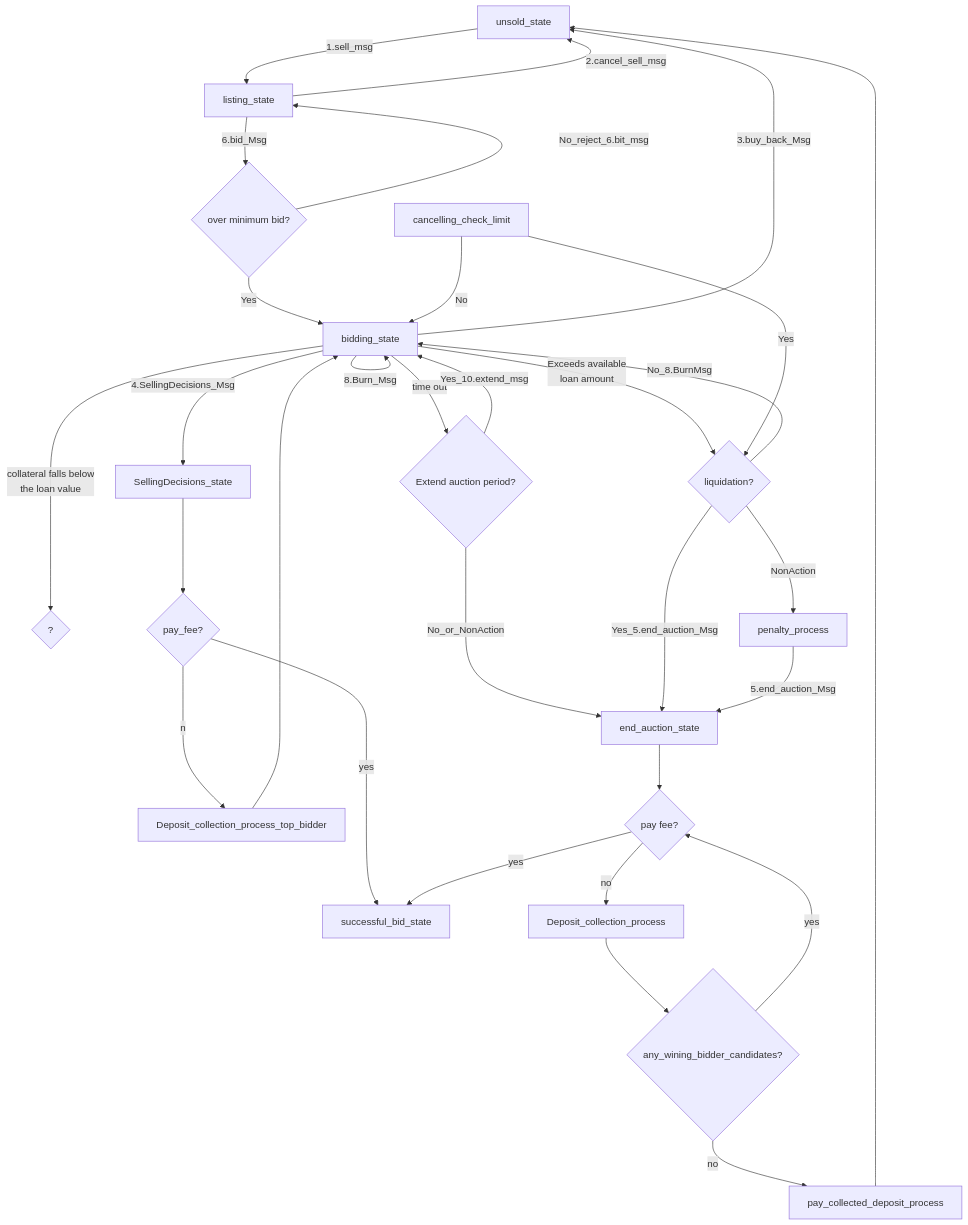
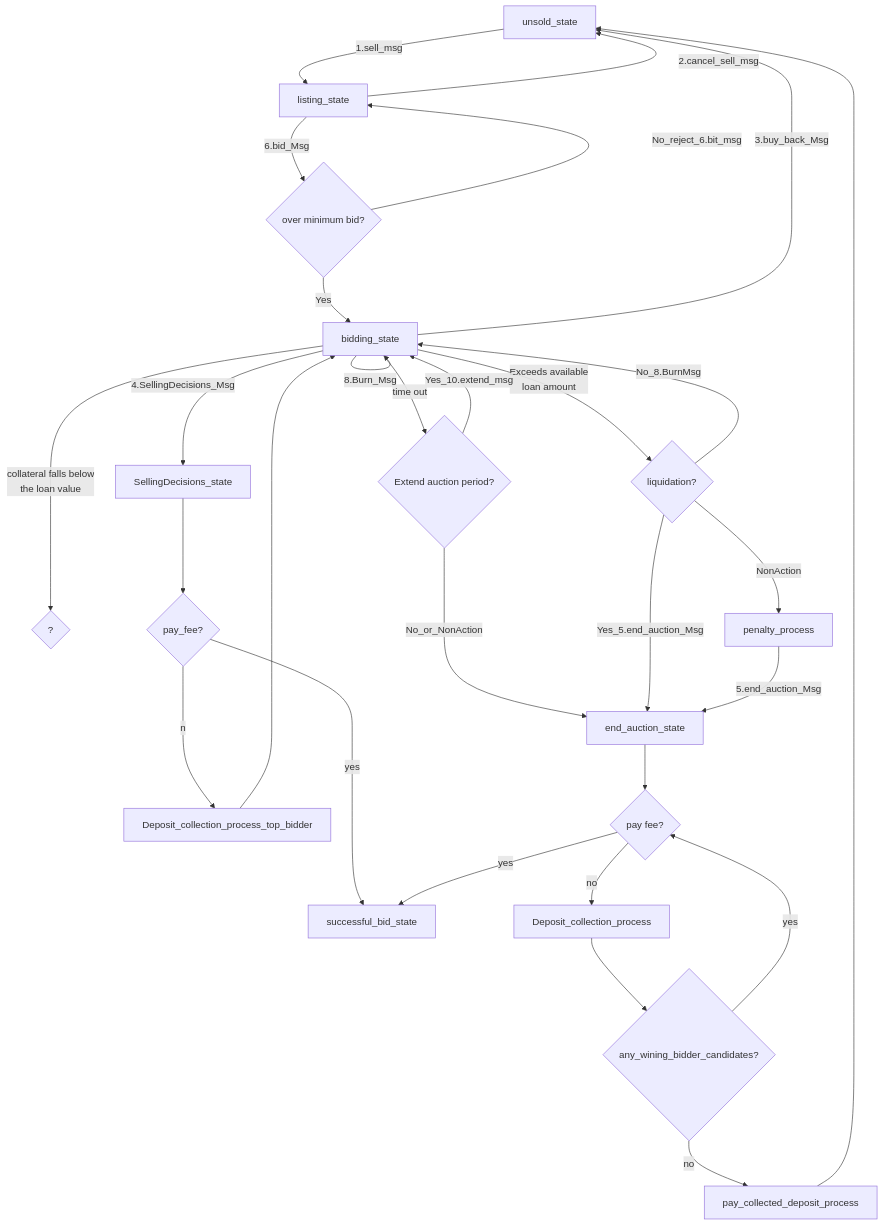
Before and after one commit to UnUniFi/chain: the first of 7 diagrams in x/nftmarket/spec/03_auction_state.md, drawn with Mermaid. The commit also changed other lines of this file, not shown here.

Commit message:
modify: fix diagram

````diff
--- a/x/nftmarket/spec/03_auction_state.md
+++ b/x/nftmarket/spec/03_auction_state.md
@@ -33,35 +33,33 @@
 ```mermaid
 flowchart TD
     unsold_state -->|1.sell_msg| listing_state
 　  bidding_state   -->|time out|Extend_auction_period{Extend auction period?}
 　  bidding_state   -->|Exceeds available \n loan amount|liquidation{liquidation?}
 		bidding_state   --->|collateral falls below \n the loan value|?{?}
 　  Extend_auction_period-->|Yes_10.extend_msg|bidding_state
 　  listing_state   -->|6.bid_Msg| over_minimum_bid{over minimum bid?}
 　  over_minimum_bid   -->|Yes|	bidding_state
 　  over_minimum_bid   -->|No_reject_6.bit_msg|	listing_state
 　  bidding_state   -->|6.bit_Msg|	bidding_state
 　  bidding_state   -->|7.Mint_Msg|	bidding_state
 　  bidding_state   -->|8.Burn_Msg|	bidding_state
 　  bidding_state   -->|4.SellingDecisions_Msg|　SellingDecisions_state
 		SellingDecisions_state --> check_pay_fee{pay_fee?}
 		check_pay_fee --yes--> successful_bid_state
 		check_pay_fee --no--> Deposit_collection_process_top_bidder
 		Deposit_collection_process_top_bidder --> bidding_state
 　  bidding_state   -->|3.buy_back_Msg| unsold_state
-		cancelling_check_limit-->|Yes| liquidation
-		cancelling_check_limit-->|No| bidding_state
     listing_state   -->|2.cancel_sell_msg| unsold_state
 　  Extend_auction_period-->|No_or_NonAction|　end_auction_state
 　  liquidation -->|Yes_5.end_auction_Msg|　end_auction_state
 　  liquidation -->|No_8.BurnMsg|　bidding_state
 　  liquidation -->|NonAction|　penalty_process
 　  penalty_process -->|5.end_auction_Msg|　end_auction_state
 　  end_auction_state   -->　pay_check{pay fee?}
 　  pay_check   -->|yes|　successful_bid_state
 　  pay_check   -->|no|　Deposit_collection_process
 　  Deposit_collection_process   -->　check_wining_bidder_candidates{any_wining_bidder_candidates?}
 　  check_wining_bidder_candidates   -->|yes|　pay_check
 　  check_wining_bidder_candidates   -->|no|　pay_collected_deposit_process
 　  pay_collected_deposit_process   -->　unsold_state
 ```
````
